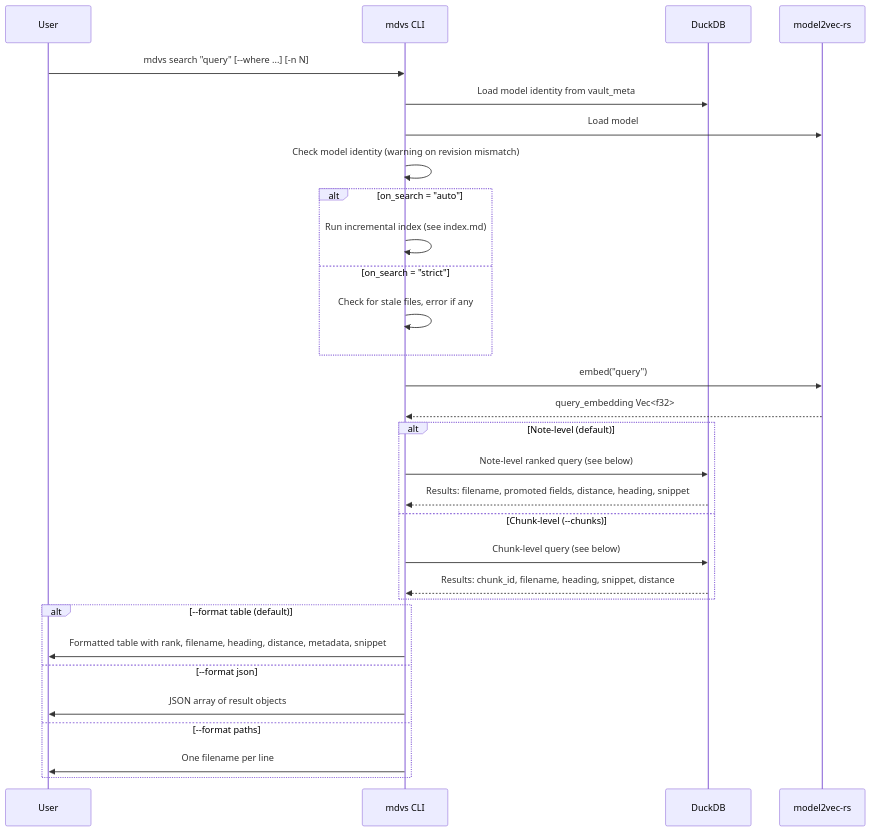
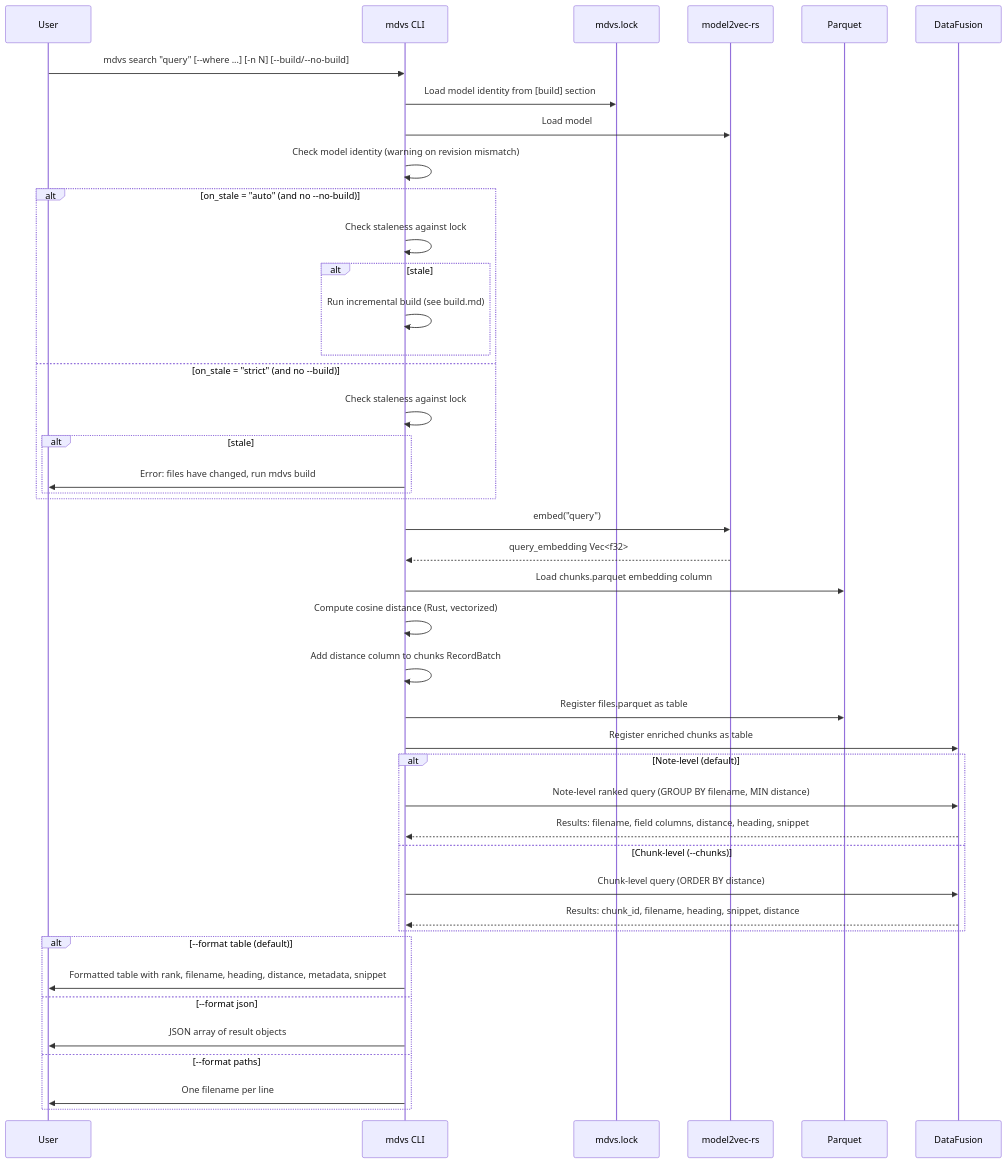
The diagram in docs/spec/30-workflows/search.md (edochi/mdvs), drawn with Mermaid before and after one commit. The commit also changed other lines of this file and 12 other files, not shown here.

First line of the commit message:
Update specs for mdvs v0.3: DataFusion/Parquet, cargo command set

````diff
--- a/docs/spec/30-workflows/search.md
+++ b/docs/spec/30-workflows/search.md
@@ -28,43 +29,59 @@
 ```mermaid
 sequenceDiagram
     participant U as User
     participant CLI as mdvs CLI
-    participant DB as DuckDB
+    participant Lock as mdvs.lock
     participant M as model2vec-rs
+    participant PQ as Parquet
+    participant DF as DataFusion
 
-    U->>CLI: mdvs search "query" [--where ...] [-n N]
+    U->>CLI: mdvs search "query" [--where ...] [-n N] [--build/--no-build]
 
     %% Model identity check
-    CLI->>DB: Load model identity from vault_meta
+    CLI->>Lock: Load model identity from [build] section
     CLI->>M: Load model
     CLI->>CLI: Check model identity (warning on revision mismatch)
 
     %% Staleness check
-    alt on_search = "auto"
-        CLI->>CLI: Run incremental index (see index.md)
-    else on_search = "strict"
-        CLI->>CLI: Check for stale files, error if any
+    alt on_stale = "auto" (and no --no-build)
+        CLI->>CLI: Check staleness against lock
+        alt stale
+            CLI->>CLI: Run incremental build (see build.md)
+        end
+    else on_stale = "strict" (and no --build)
+        CLI->>CLI: Check staleness against lock
+        alt stale
+            CLI->>U: Error: files have changed, run mdvs build
+        end
     end
 
     %% Embed query
     CLI->>M: embed("query")
     M-->>CLI: query_embedding Vec<f32>
 
-    %% Search
+    %% Load artifact + compute distance
+    CLI->>PQ: Load chunks.parquet embedding column
+    CLI->>CLI: Compute cosine distance (Rust, vectorized)
+    CLI->>CLI: Add distance column to chunks RecordBatch
+
+    %% Query via DataFusion
+    CLI->>PQ: Register files.parquet as table
+    CLI->>DF: Register enriched chunks as table
+
     alt Note-level (default)
-        CLI->>DB: Note-level ranked query (see below)
-        DB-->>CLI: Results: filename, promoted fields, distance, heading, snippet
+        CLI->>DF: Note-level ranked query (GROUP BY filename, MIN distance)
+        DF-->>CLI: Results: filename, field columns, distance, heading, snippet
     else Chunk-level (--chunks)
-        CLI->>DB: Chunk-level query (see below)
-        DB-->>CLI: Results: chunk_id, filename, heading, snippet, distance
+        CLI->>DF: Chunk-level query (ORDER BY distance)
+        DF-->>CLI: Results: chunk_id, filename, heading, snippet, distance
     end
 
     %% Format output
     alt --format table (default)
         CLI->>U: Formatted table with rank, filename, heading, distance, metadata, snippet
     else --format json
         CLI->>U: JSON array of result objects
     else --format paths
         CLI->>U: One filename per line
     end
 ```
````
